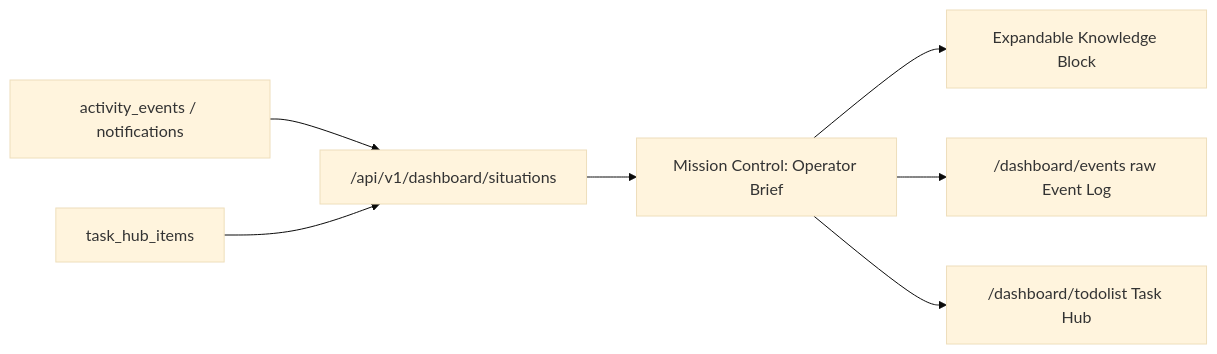
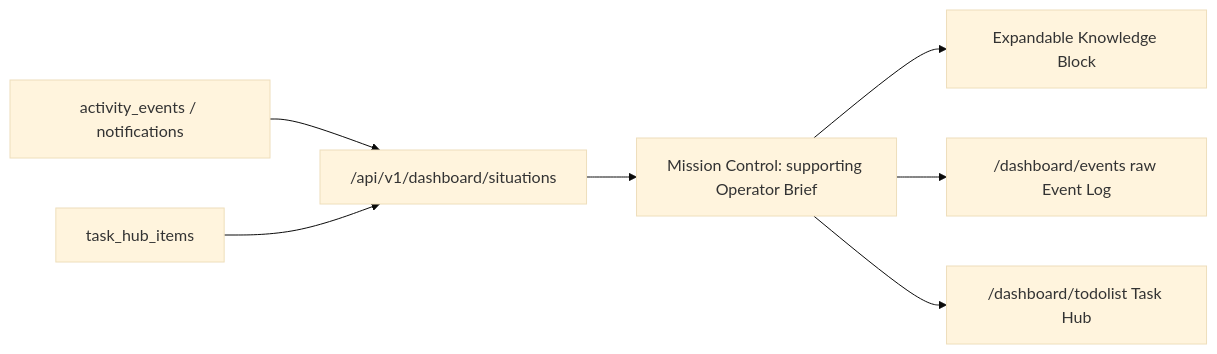
Before and after one commit to Kjdragan/universal_agent: the second of 5 diagrams in docs/02_Subsystems/Task_Hub_Dashboard.md, drawn with Mermaid (base theme). The commit also changed other lines of this file and 15 other files, not shown here.

````diff
--- a/docs/02_Subsystems/Task_Hub_Dashboard.md
+++ b/docs/02_Subsystems/Task_Hub_Dashboard.md
@@ -216,9 +239,9 @@
 ```mermaid
 flowchart LR
     RawEvents["activity_events / notifications"] --> Situations["/api/v1/dashboard/situations"]
-    TaskHub["task_hub_items"] --> Situations
-    Situations --> OperatorBrief["Mission Control: Operator Brief"]
+    TaskHub2["task_hub_items"] --> Situations
+    Situations --> OperatorBrief["Mission Control: supporting Operator Brief"]
     OperatorBrief --> KnowledgeBlock["Expandable Knowledge Block"]
     OperatorBrief --> EventLog["/dashboard/events raw Event Log"]
     OperatorBrief --> TaskHubUI["/dashboard/todolist Task Hub"]
 ```
````
